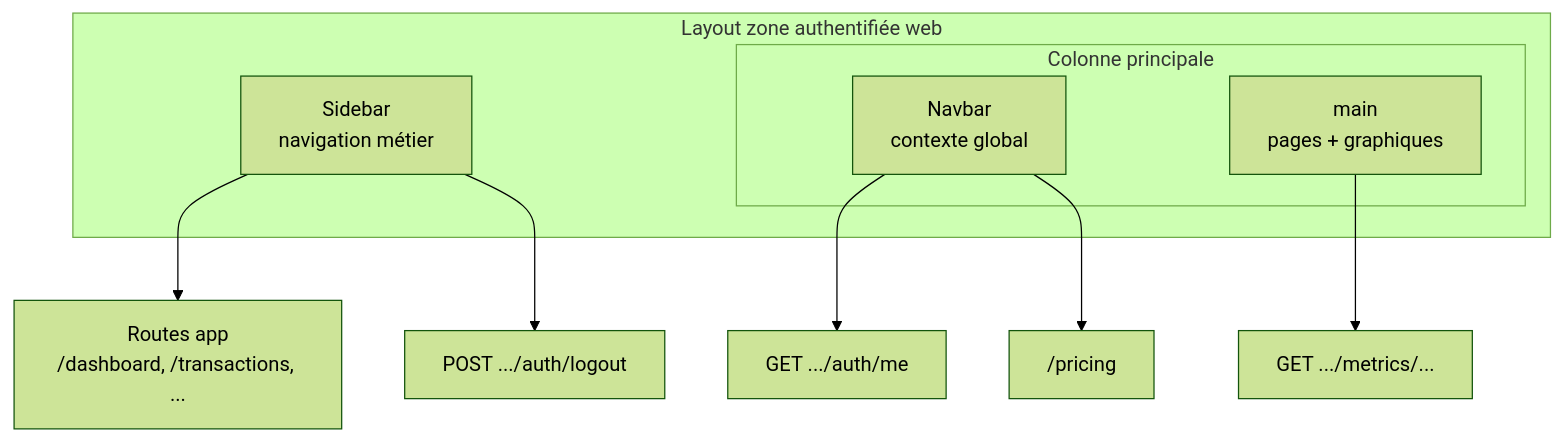
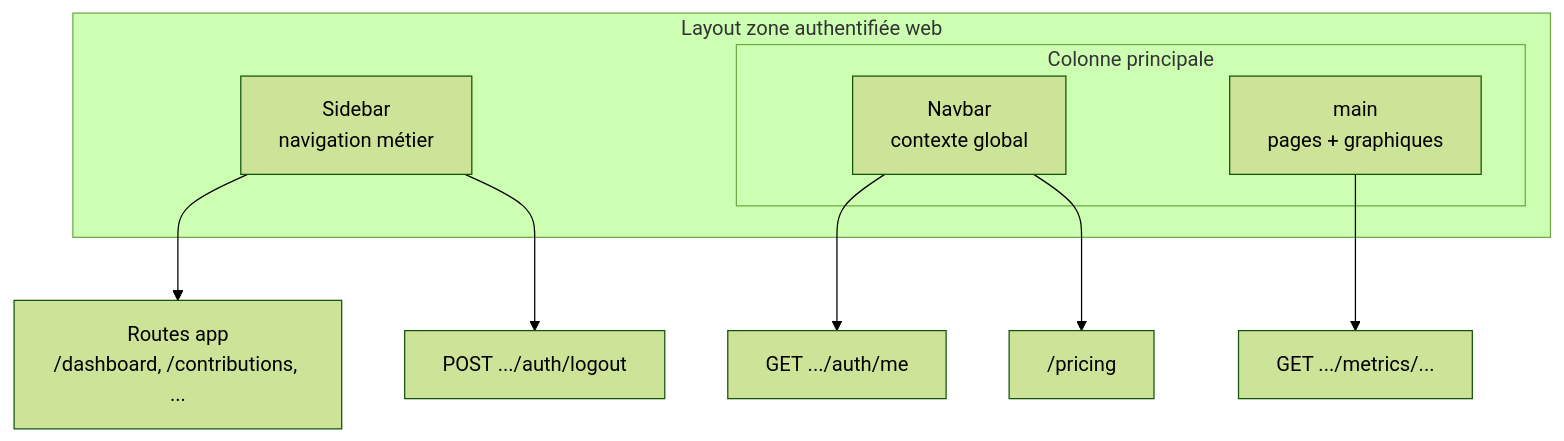
Before and after one commit to naby-codeur/xaalis: the second of 3 diagrams in docs/cahier-charges.md, drawn with Mermaid (forest theme). The commit also changed other lines of this file and 88 other files, not shown here.

````diff
--- a/docs/cahier-charges.md
+++ b/docs/cahier-charges.md
@@ -311,15 +311,15 @@
 ```mermaid
 flowchart TB
   subgraph layout["Layout zone authentifiée web"]
     SB["Sidebar\nnavigation métier"]
     subgraph col["Colonne principale"]
       NB["Navbar\ncontexte global"]
       MAIN["main\npages + graphiques"]
     end
   end
-  SB --> ROUTES["Routes app\n/dashboard, /transactions, ..."]
+  SB --> ROUTES["Routes app\n/dashboard, /contributions, ..."]
   NB --> API_ME["GET .../auth/me"]
   NB --> PRICING["/pricing"]
   MAIN --> API_METRICS["GET .../metrics/..."]
   SB --> API_LOGOUT["POST .../auth/logout"]
 ```
````
